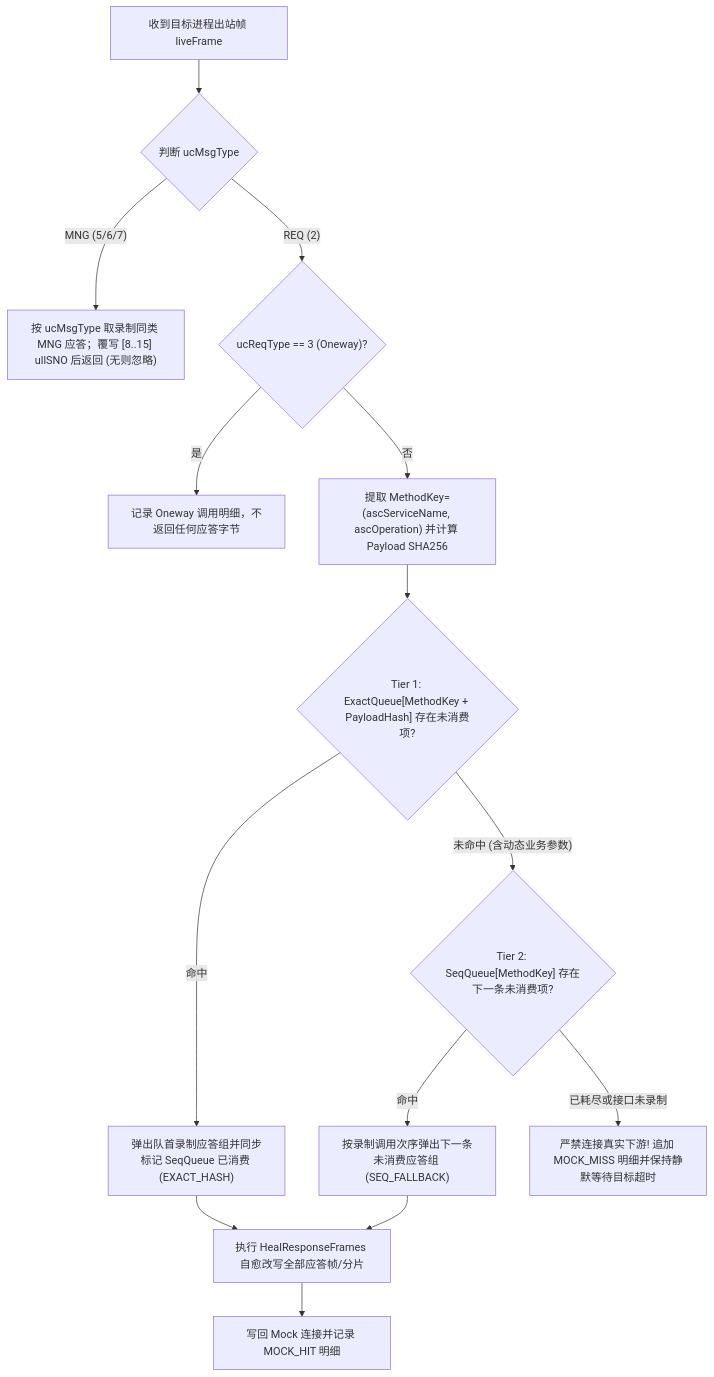
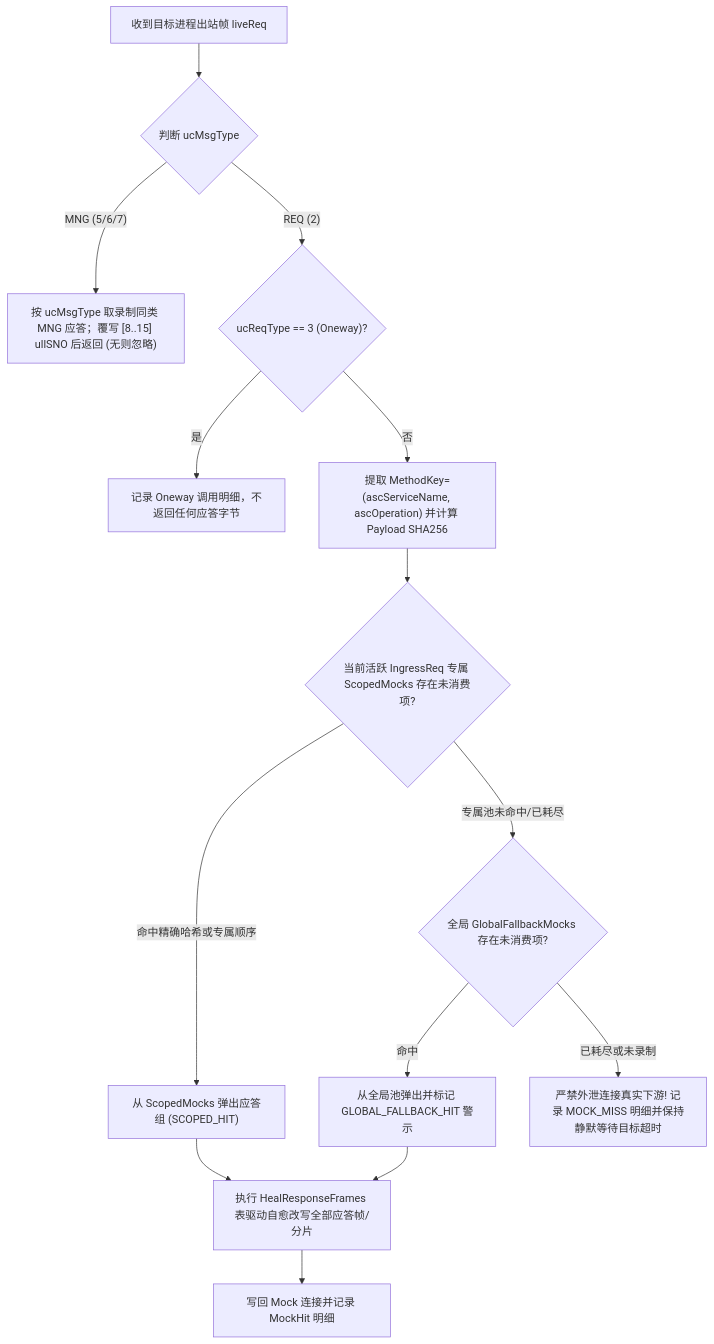
The third of 3 diagrams in docs/02-design/02-data-plane-and-cros-rpc-engine.md (fugui/code-traefik), drawn with Mermaid before and after one commit. The commit also changed other lines of this file and 9 other files, not shown here.

````diff
--- a/docs/02-design/02-data-plane-and-cros-rpc-engine.md
+++ b/docs/02-design/02-data-plane-and-cros-rpc-engine.md
@@ -301,16 +332,16 @@
 ```mermaid
 flowchart TD
-    Recv["收到目标进程出站帧 liveFrame"] --> CheckType{"判断 ucMsgType"}
+    Recv["收到目标进程出站帧 liveReq"] --> CheckType{"判断 ucMsgType"}
     CheckType -- "MNG (5/6/7)" --> MngMatch["按 ucMsgType 取录制同类 MNG 应答；覆写 [8..15] ullSNO 后返回 (无则忽略)"]
     CheckType -- "REQ (2)" --> CheckOneway{"ucReqType == 3 (Oneway)?"}
     CheckOneway -- "是" --> OnewayHit["记录 Oneway 调用明细，不返回任何应答字节"]
     CheckOneway -- "否" --> CalcKey["提取 MethodKey=(ascServiceName, ascOperation) 并计算 Payload SHA256"]
-    CalcKey --> Tier1{"Tier 1: ExactQueue[MethodKey + PayloadHash] 存在未消费项?"}
-    Tier1 -- "命中" --> Consume1["弹出队首录制应答组并同步标记 SeqQueue 已消费 (EXACT_HASH)"]
-    Tier1 -- "未命中 (含动态业务参数)" --> Tier2{"Tier 2: SeqQueue[MethodKey] 存在下一条未消费项?"}
-    Tier2 -- "命中" --> Consume2["按录制调用次序弹出下一条未消费应答组 (SEQ_FALLBACK)"]
-    Tier2 -- "已耗尽或接口未录制" --> Miss["严禁连接真实下游! 追加 MOCK_MISS 明细并保持静默等待目标超时"]
-    Consume1 --> Heal["执行 HealResponseFrames 自愈改写全部应答帧/分片"]
-    Consume2 --> Heal
-    Heal --> Send["写回 Mock 连接并记录 MOCK_HIT 明细"]
+    CalcKey --> ScopeCheck{"当前活跃 IngressReq 专属 ScopedMocks 存在未消费项?"}
+    ScopeCheck -- "命中精确哈希或专属顺序" --> ConsumeScope["从 ScopedMocks 弹出应答组 (SCOPED_HIT)"]
+    ScopeCheck -- "专属池未命中/已耗尽" --> GlobalTier{"全局 GlobalFallbackMocks 存在未消费项?"}
+    GlobalTier -- "命中" --> ConsumeGlobal["从全局池弹出并标记 GLOBAL_FALLBACK_HIT 警示"]
+    GlobalTier -- "已耗尽或未录制" --> Miss["严禁外泄连接真实下游! 记录 MOCK_MISS 明细并保持静默等待目标超时"]
+    ConsumeScope --> Heal["执行 HealResponseFrames 表驱动自愈改写全部应答帧/分片"]
+    ConsumeGlobal --> Heal
+    Heal --> Send["写回 Mock 连接并记录 MockHit 明细"]
 ```
````
